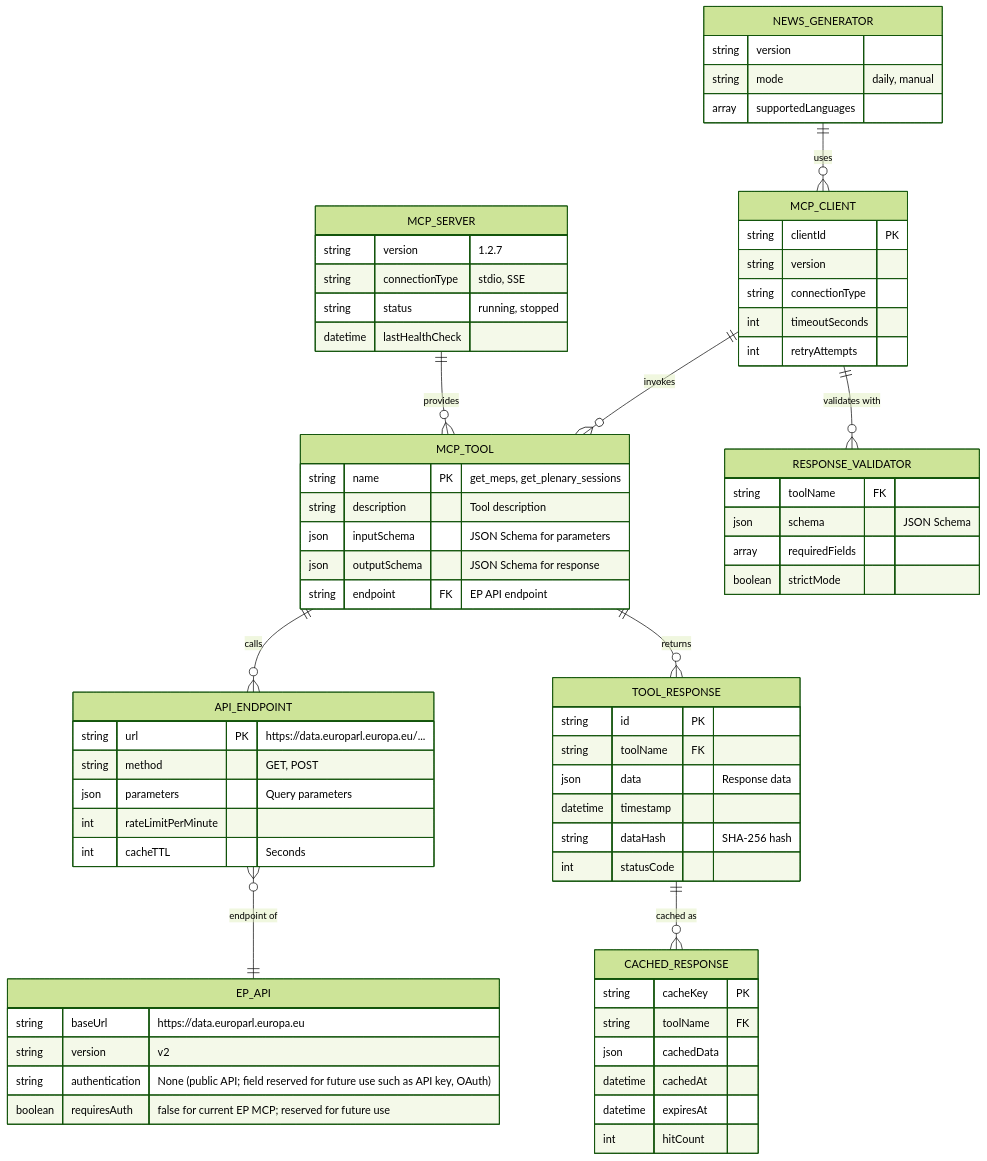
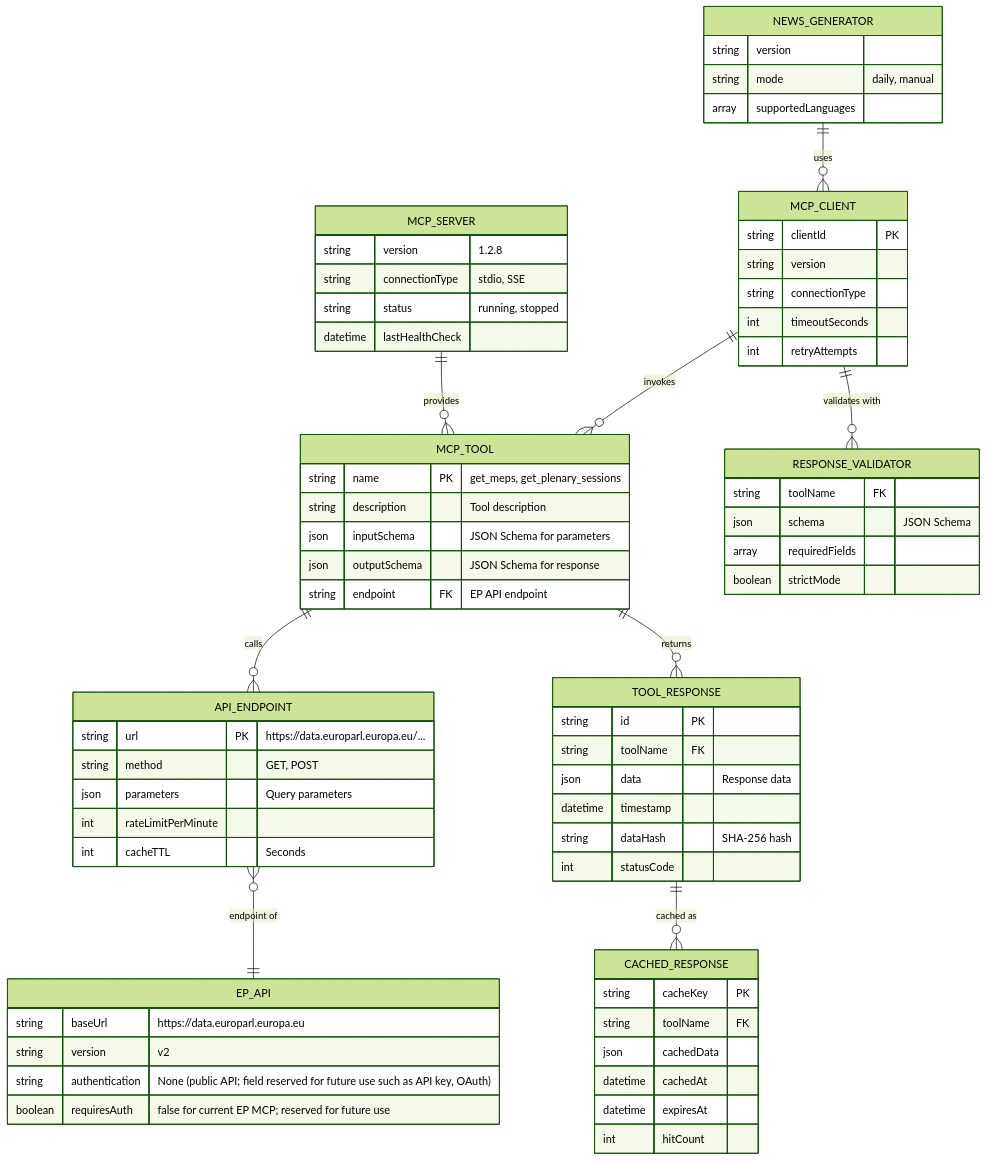
One commit to Hack23/euparliamentmonitor changed the third of 9 diagrams in DATA_MODEL.md. Above: the diagram before and after it, drawn with Mermaid (forest theme). The commit also changed 32 other files, not shown here.

````diff
--- a/DATA_MODEL.md
+++ b/DATA_MODEL.md
@@ -653,81 +653,81 @@
 ```mermaid
 erDiagram
     MCP_SERVER ||--o{ MCP_TOOL : "provides"
     MCP_TOOL ||--o{ API_ENDPOINT : "calls"
     API_ENDPOINT }o--|| EP_API : "endpoint of"
     MCP_TOOL ||--o{ TOOL_RESPONSE : "returns"
     TOOL_RESPONSE ||--o{ CACHED_RESPONSE : "cached as"
 
     NEWS_GENERATOR ||--o{ MCP_CLIENT : "uses"
     MCP_CLIENT ||--o{ MCP_TOOL : "invokes"
     MCP_CLIENT ||--o{ RESPONSE_VALIDATOR : "validates with"
 
     MCP_SERVER {
-        string version "1.2.7"
+        string version "1.2.8"
         string connectionType "stdio, SSE"
         string status "running, stopped"
         datetime lastHealthCheck
     }
 
     MCP_TOOL {
         string name PK "get_meps, get_plenary_sessions"
         string description "Tool description"
         json inputSchema "JSON Schema for parameters"
         json outputSchema "JSON Schema for response"
         string endpoint FK "EP API endpoint"
     }
 
     API_ENDPOINT {
         string url PK "https://data.europarl.europa.eu/..."
         string method "GET, POST"
         json parameters "Query parameters"
         int rateLimitPerMinute
         int cacheTTL "Seconds"
     }
 
     EP_API {
         string baseUrl "https://data.europarl.europa.eu"
         string version "v2"
         string authentication "None (public API; field reserved for future use such as API key, OAuth)"
         boolean requiresAuth "false for current EP MCP; reserved for future use"
     }
 
     TOOL_RESPONSE {
         string id PK
         string toolName FK
         json data "Response data"
         datetime timestamp
         string dataHash "SHA-256 hash"
         int statusCode
     }
 
     CACHED_RESPONSE {
         string cacheKey PK
         string toolName FK
         json cachedData
         datetime cachedAt
         datetime expiresAt
         int hitCount
     }
 
     MCP_CLIENT {
         string clientId PK
         string version
         string connectionType
         int timeoutSeconds
         int retryAttempts
     }
 
     RESPONSE_VALIDATOR {
         string toolName FK
         json schema "JSON Schema"
         array requiredFields
         boolean strictMode
     }
 
     NEWS_GENERATOR {
         string version
         string mode "daily, manual"
         array supportedLanguages
     }
 ```
````
